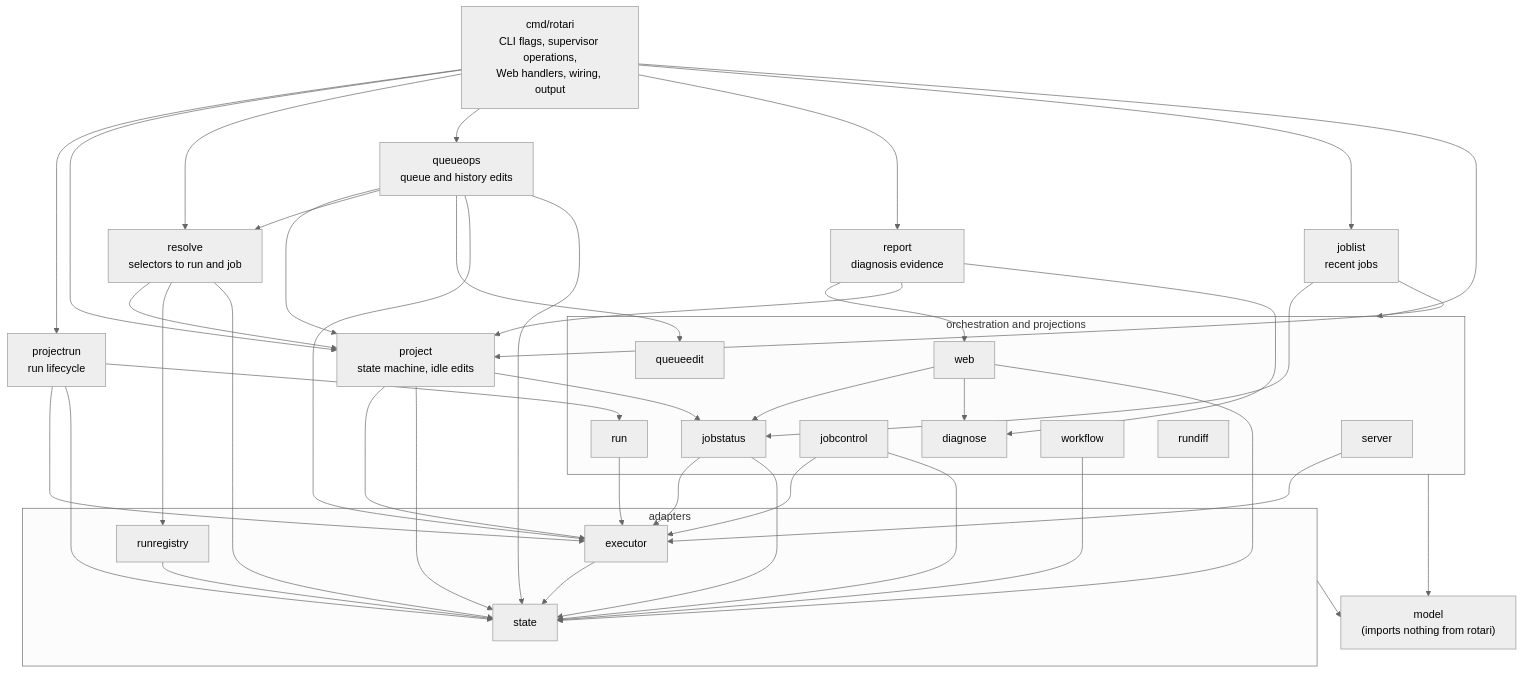
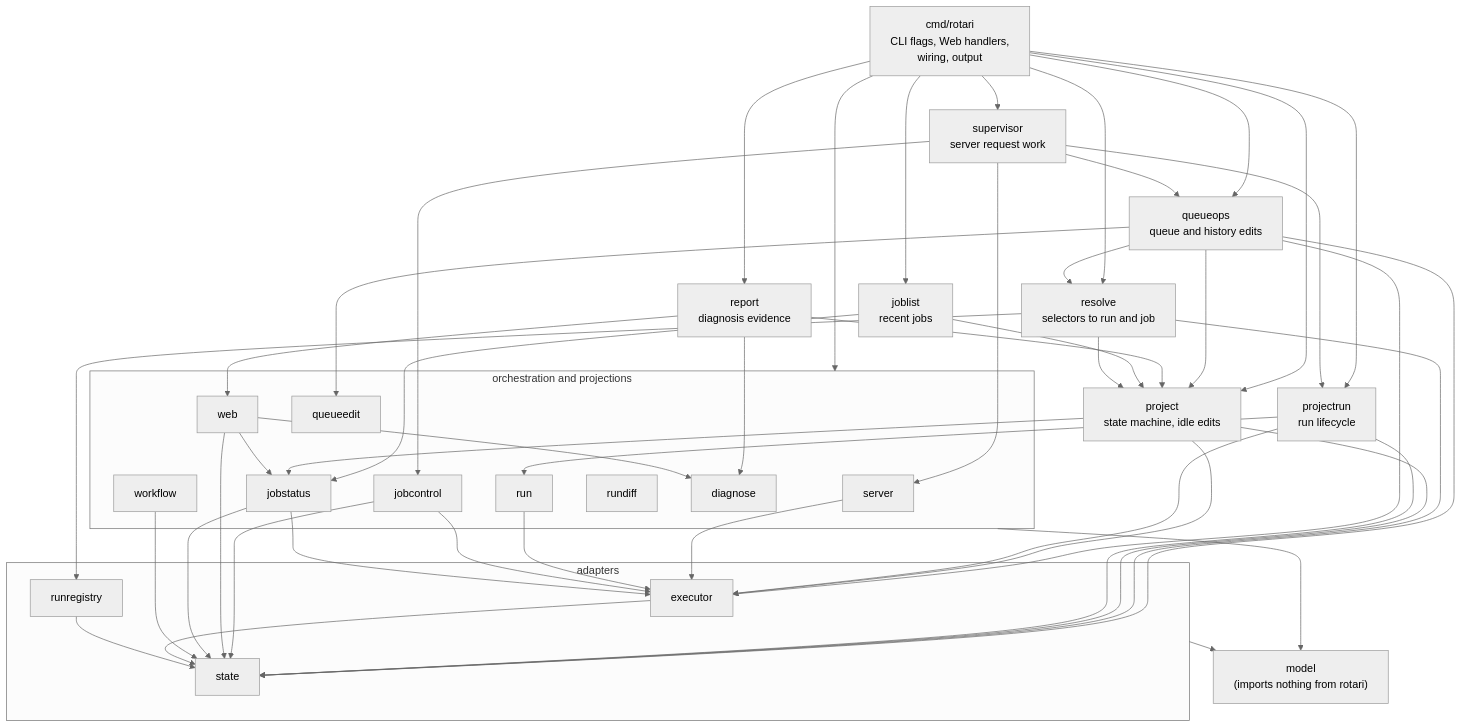
One commit to kamo-naoyuki/rotari changed the second of 2 diagrams in docs/ARCHITECTURE.md. Above: the diagram before and after it, drawn with Mermaid (neutral theme). The commit also changed other lines of this file and 20 other files, not shown here.

First line of the commit message:
refactor(supervisor): move supervisor request handling into internal/supervisor

````diff
--- a/docs/ARCHITECTURE.md
+++ b/docs/ARCHITECTURE.md
@@ -96,68 +96,74 @@
 ```mermaid
 flowchart TB
-  cmd["cmd/rotari<br/>CLI flags, supervisor operations,<br/>Web handlers, wiring, output"]
+  cmd["cmd/rotari<br/>CLI flags, Web handlers,<br/>wiring, output"]
   projectrun["projectrun<br/>run lifecycle"]
   project["project<br/>state machine, idle edits"]
   resolve["resolve<br/>selectors to run and job"]
   queueops["queueops<br/>queue and history edits"]
   report["report<br/>diagnosis evidence"]
   joblist["joblist<br/>recent jobs"]
+  supervisor["supervisor<br/>server request work"]
   subgraph l2["orchestration and projections"]
     server
     run
     jobcontrol
     web
     jobstatus
     workflow
     queueedit
     rundiff
     diagnose
   end
   subgraph l1["adapters"]
     executor
     state
     runregistry
   end
   model["model<br/>(imports nothing from rotari)"]
 
   cmd --> projectrun
   cmd --> project
   cmd --> resolve
   cmd --> queueops
   queueops --> project
   queueops --> resolve
   queueops --> queueedit
   queueops --> executor
   queueops --> state
   cmd --> report
   report --> web
   report --> project
   report --> diagnose
   cmd --> joblist
   joblist --> jobstatus
   joblist --> project
+  cmd --> supervisor
+  supervisor --> server
+  supervisor --> queueops
+  supervisor --> projectrun
+  supervisor --> jobcontrol
   resolve --> project
   resolve --> runregistry
   resolve --> state
   project --> jobstatus
   project --> executor
   project --> state
   cmd --> l2
   projectrun --> run
   projectrun --> executor
   projectrun --> state
   server --> executor
   run --> executor
   jobcontrol --> executor
   jobcontrol --> state
   web --> jobstatus
   web --> diagnose
   web --> state
   jobstatus --> executor
   jobstatus --> state
   workflow --> state
   executor --> state
   runregistry --> state
   l1 --> model
   l2 --> model
 ```
````
